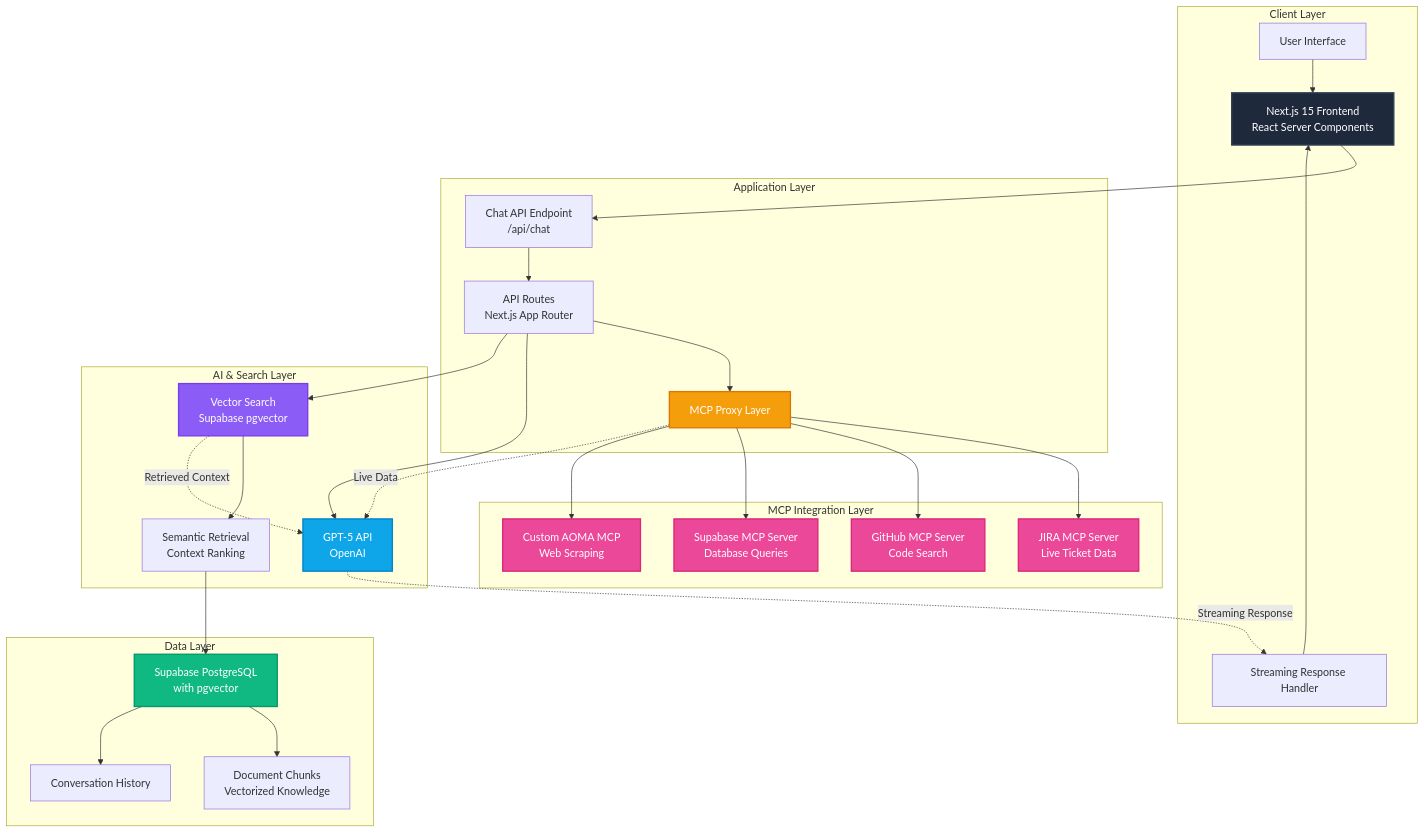
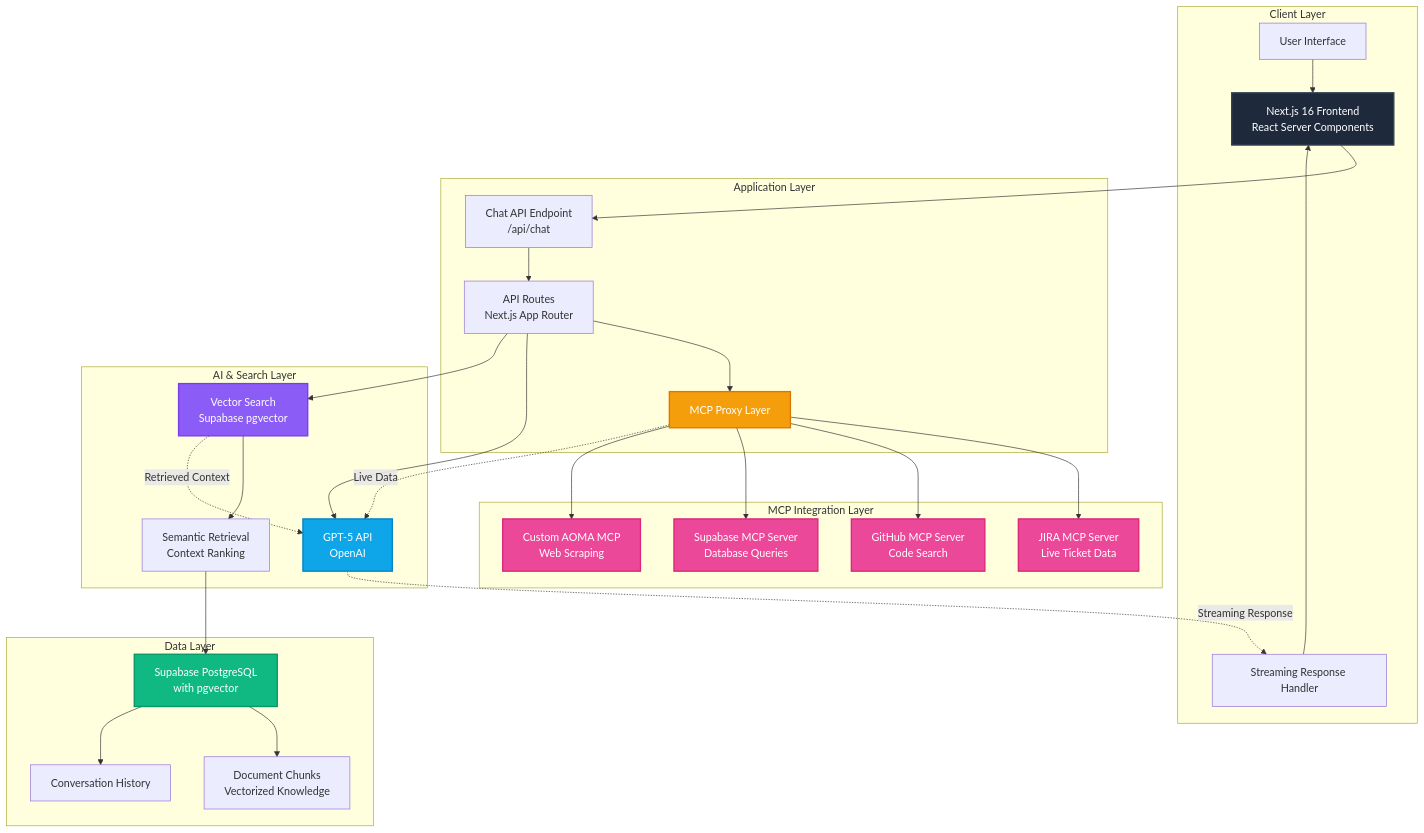
Before and after one commit to mattcarp/betabase: the diagram in docs/diagrams/01-system-architecture.md, drawn with Mermaid. The commit also changed other lines of this file and 9 other files, not shown here.

First line of the commit message:
docs: update all version references to Next.js 16.0.1, React 19.2, Node 20.9+

````diff
--- a/docs/diagrams/01-system-architecture.md
+++ b/docs/diagrams/01-system-architecture.md
@@ -1,64 +1,64 @@
 ```mermaid
 graph TB
     subgraph "Client Layer"
-        A[Next.js 15 Frontend<br/>React Server Components]
+        A[Next.js 16 Frontend<br/>React Server Components]
         A1[User Interface]
         A2[Streaming Response Handler]
     end
 
     subgraph "Application Layer"
         B[API Routes<br/>Next.js App Router]
         C[Chat API Endpoint<br/>/api/chat]
         D[MCP Proxy Layer]
     end
 
     subgraph "AI & Search Layer"
         E[GPT-5 API<br/>OpenAI]
         F[Vector Search<br/>Supabase pgvector]
         G[Semantic Retrieval<br/>Context Ranking]
     end
 
     subgraph "MCP Integration Layer"
         H1[JIRA MCP Server<br/>Live Ticket Data]
         H2[GitHub MCP Server<br/>Code Search]
         H3[Supabase MCP Server<br/>Database Queries]
         H4[Custom AOMA MCP<br/>Web Scraping]
     end
 
     subgraph "Data Layer"
         I[Supabase PostgreSQL<br/>with pgvector]
         J[Document Chunks<br/>Vectorized Knowledge]
         K[Conversation History]
     end
 
     A1 --> A
     A2 --> A
     A --> C
     C --> B
     B --> D
     B --> E
     B --> F
 
     D --> H1
     D --> H2
     D --> H3
     D --> H4
 
     F --> G
     G --> I
     I --> J
     I --> K
 
     E -.Streaming Response.-> A2
     F -.Retrieved Context.-> E
     D -.Live Data.-> E
 
     style A fill:#1e293b,stroke:#334155,stroke-width:2px,color:#fff
     style E fill:#0ea5e9,stroke:#0284c7,stroke-width:2px,color:#fff
     style F fill:#8b5cf6,stroke:#7c3aed,stroke-width:2px,color:#fff
     style I fill:#10b981,stroke:#059669,stroke-width:2px,color:#fff
     style D fill:#f59e0b,stroke:#d97706,stroke-width:2px,color:#fff
 
     classDef mcpStyle fill:#ec4899,stroke:#db2777,stroke-width:2px,color:#fff
     class H1,H2,H3,H4 mcpStyle
 ```
````
